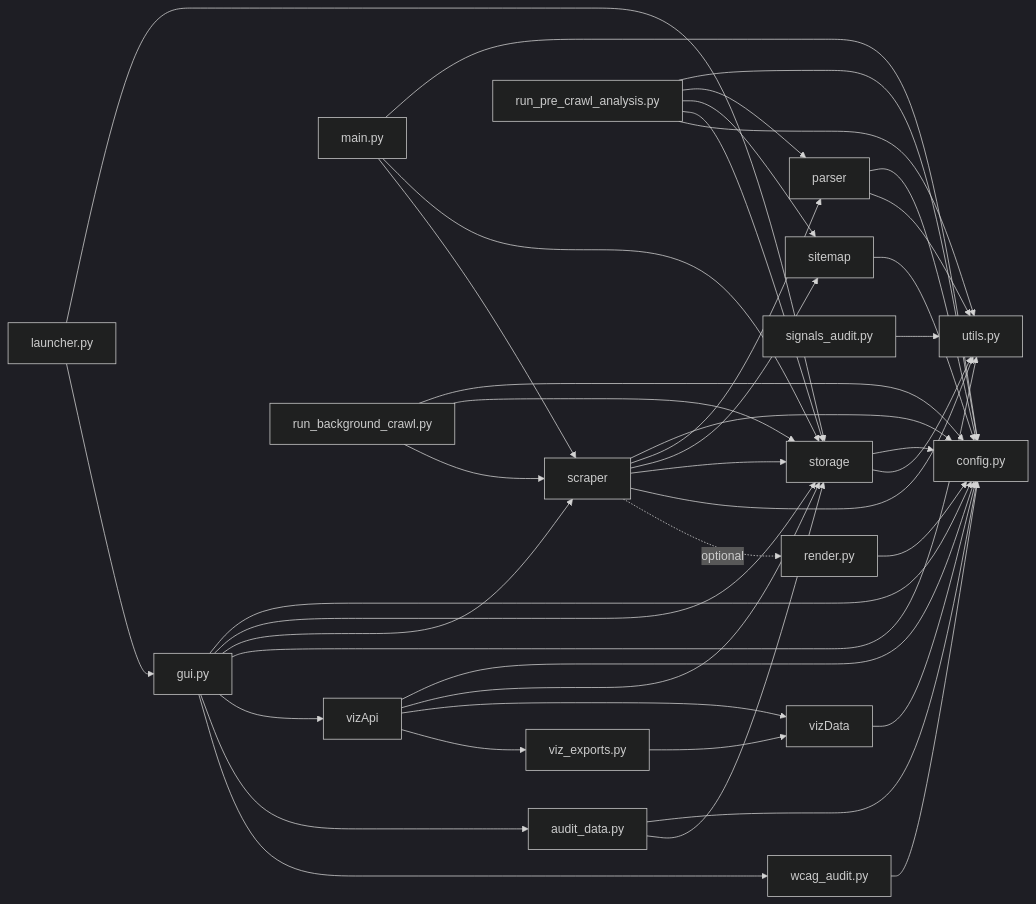
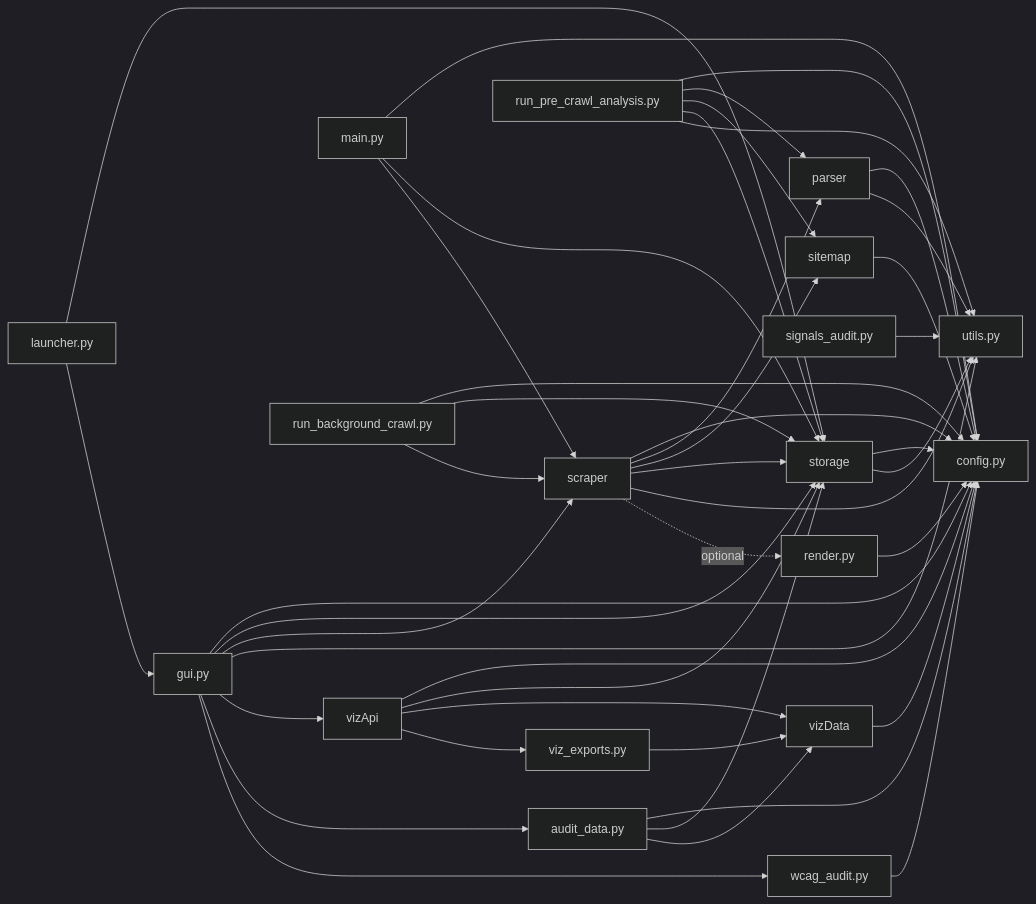
The second of 10 diagrams in architecture.md (hooperstu/CrawlStreetJournal), drawn with Mermaid (dark theme) before and after one commit. The commit also changed other lines of this file and 5 other files, not shown here.

````diff
--- a/architecture.md
+++ b/architecture.md
@@ -94,63 +95,64 @@
 ```mermaid
 graph LR
     utils[utils.py]
     configMod[config.py]
 
     storage --> configMod
     storage --> utils
 
     parser --> configMod
     parser --> utils
 
     sitemap --> configMod
 
     scraper --> configMod
     scraper --> parser
     scraper --> sitemap
     scraper --> storage
     scraper --> utils
     scraper -.->|optional| renderPy[render.py]
 
     renderPy --> configMod
 
     vizData --> configMod
 
     vizApi --> configMod
     vizApi --> storage
     vizApi --> vizData
     vizApi --> vizExports[viz_exports.py]
     vizExports --> vizData
 
     guiPy[gui.py] --> configMod
     guiPy --> storage
     guiPy --> scraper
     guiPy --> utils
     guiPy --> vizApi
 
     mainPy[main.py] --> configMod
     mainPy --> storage
     mainPy --> scraper
 
     bgCrawl[run_background_crawl.py] --> configMod
     bgCrawl --> storage
     bgCrawl --> scraper
 
     preAnalysis[run_pre_crawl_analysis.py] --> configMod
     preAnalysis --> parser
     preAnalysis --> sitemap
     preAnalysis --> storage
     preAnalysis --> utils
 
     launcher[launcher.py] --> storage
     launcher --> guiPy
 
     signalsAudit[signals_audit.py] --> utils
 
     auditData[audit_data.py] --> configMod
     auditData --> storage
+    auditData --> vizData
 
     wcagAudit[wcag_audit.py] --> configMod
 
     guiPy --> auditData
     guiPy --> wcagAudit
 ```
````
